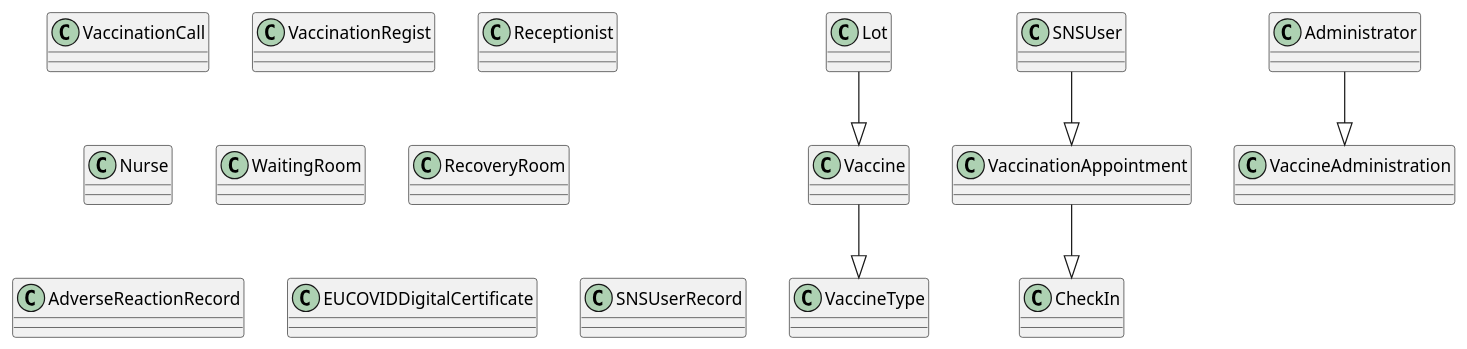
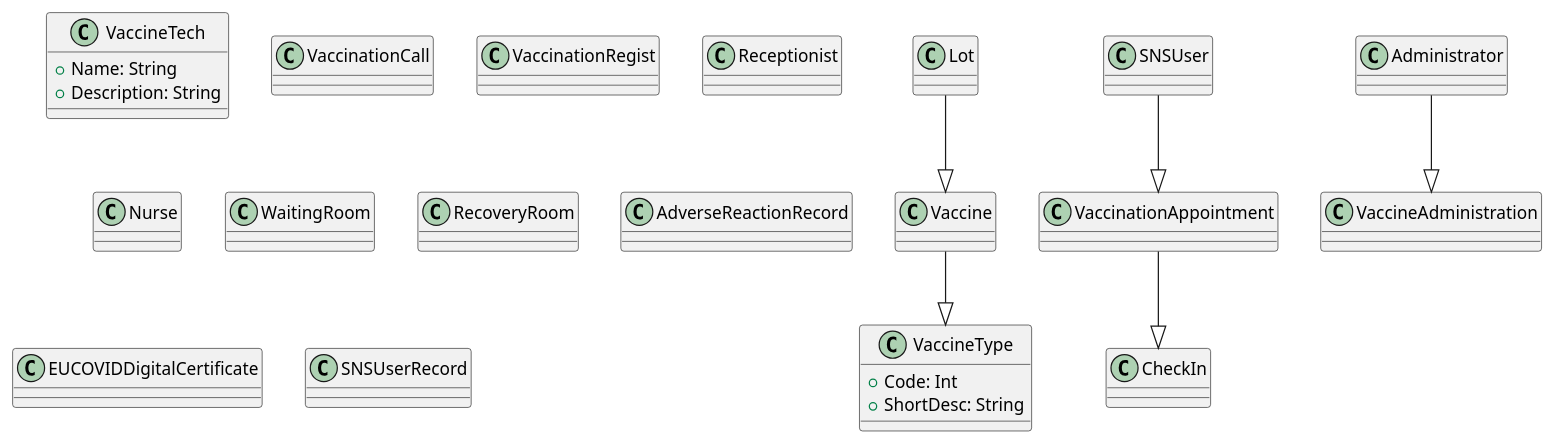
Before and after one commit to rafaafig/SnsTrab: the diagram in sns-base/doc/global/analysis/ucd-puml/ucd-UCD03.pml.puml, drawn with PlantUML. The commit also changed 2 other files, not shown here.

```diff
--- a/sns-base/doc/global/analysis/ucd-puml/ucd-UCD03.pml.puml
+++ b/sns-base/doc/global/analysis/ucd-puml/ucd-UCD03.pml.puml
@@ -1,64 +1,71 @@
 @startuml
 'skinparam monochrome true
 'skinparam shadowing false
 
 class Vaccine {
 
 }
 
 class VaccineType{
+    +Code: Int
+    +ShortDesc: String
+}
+
+class VaccineTech{
+    +Name: String
+    +Description: String
 }
 
 class Lot {
 }
 
 class VaccinationAppointment {
 }
 
 class CheckIn{
 }
 
 class VaccinationCall{
 }
 
 class VaccineAdministration {
 }
 
 class VaccinationRegist {
 }
 
 class Administrator {
 }
 
 class Receptionist {
 }
 
 class Nurse {
 }
 
 class SNSUser {
 }
 
 class WaitingRoom {
 }
 
 class RecoveryRoom {
 }
 
 class AdverseReactionRecord {
 }
 
 class EUCOVIDDigitalCertificate {
 }
 
 class SNSUserRecord {
 }
 
 ' Relationships
 Lot --|> Vaccine
 Vaccine --|> VaccineType
 SNSUser --|> VaccinationAppointment
 Administrator --|> VaccineAdministration
 VaccinationAppointment --|> CheckIn
 
 @enduml
```
